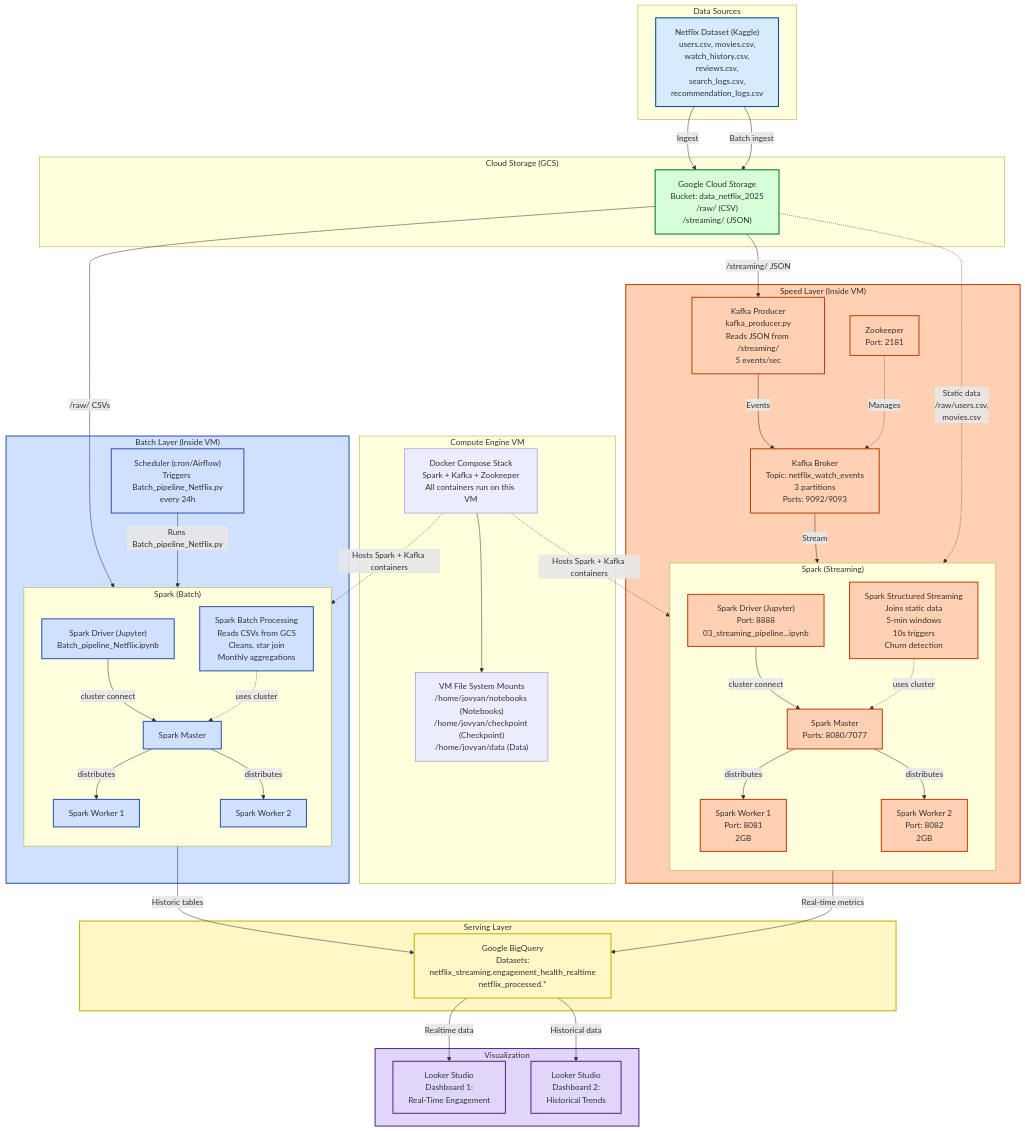
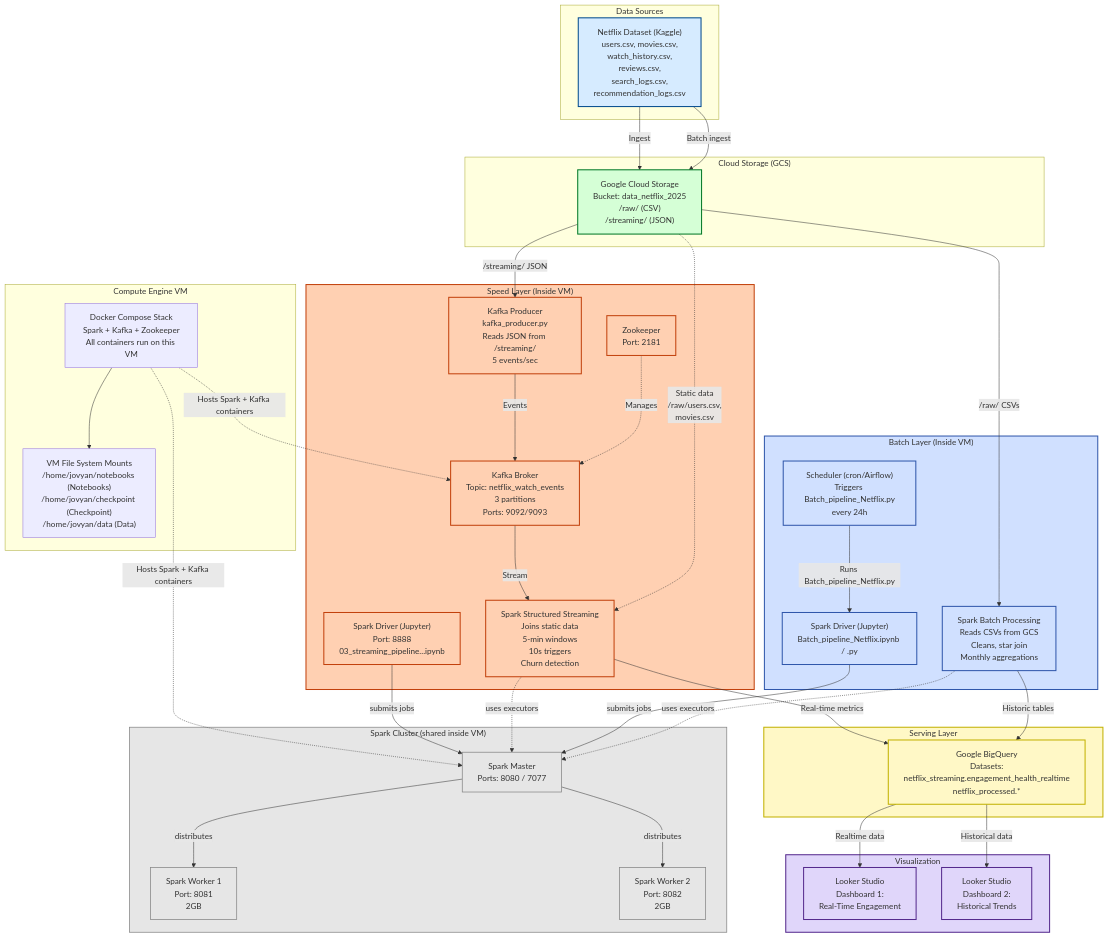
One commit to thomverzantvoort/DE25-DataJobs-group5 changed the diagram in Architecture/mermaid.mmd. Above: the diagram before and after it, drawn with Mermaid.

```diff
--- a/Architecture/mermaid.mmd
+++ b/Architecture/mermaid.mmd
@@ -1,115 +1,107 @@
 %%{init: {'theme': 'default'}}%%
 flowchart TD
 
   %% Color Class Definitions
   classDef DataSource fill:#D6EBFF,stroke:#004A8D,stroke-width:2px
   classDef Storage fill:#D5FFD6,stroke:#007726,stroke-width:2px
   classDef SpeedLayer fill:#FFD0B2,stroke:#C2410C,stroke-width:2px
   classDef BatchLayer fill:#D0E0FF,stroke:#3057AB,stroke-width:2px
   classDef Serving fill:#FFF8C6,stroke:#C2B100,stroke-width:2px
   classDef Viz fill:#E0D6FA,stroke:#552A8D,stroke-width:2px
   classDef Infra fill:#E6E6E6,stroke:#888,stroke-width:1.5px
 
   %% Data Sources & Storage
   subgraph DataSources["Data Sources"]
     ds1["Netflix Dataset (Kaggle)<br/>users.csv, movies.csv,<br/>watch_history.csv,<br/>reviews.csv,<br/>search_logs.csv,<br/>recommendation_logs.csv"]
   end
 
   subgraph StorageLayer["Cloud Storage (GCS)"]
     gcs1["Google Cloud Storage<br/>Bucket: data_netflix_2025<br/>/raw/ (CSV)<br/>/streaming/ (JSON)"]
   end
 
   %% VM & File System
   subgraph VM["Compute Engine VM"]
     vm_desc["Docker Compose Stack<br/>Spark + Kafka + Zookeeper<br/>All containers run on this VM"]
     vm_fs["VM File System Mounts<br/>/home/jovyan/notebooks (Notebooks)<br/>/home/jovyan/checkpoint (Checkpoint)<br/>/home/jovyan/data (Data)"]
   end
 
   %% Speed Layer
   subgraph Speed["Speed Layer (Inside VM)"]
     kafka_prod["Kafka Producer<br/>kafka_producer.py<br/>Reads JSON from /streaming/<br/>5 events/sec"]
     zk["Zookeeper<br/>Port: 2181"]
     kafka["Kafka Broker<br/>Topic: netflix_watch_events<br/>3 partitions<br/>Ports: 9092/9093"]
-    
-    subgraph SparkInfra1["Spark (Streaming)"]
-      direction TB
-      spark_driver_s["Spark Driver (Jupyter)<br/>Port: 8888<br/>03_streaming_pipeline...ipynb"]
-      spark_master_s["Spark Master<br/>Ports: 8080/7077"]
-      worker1_s["Spark Worker 1<br/>Port: 8081<br/>2GB"]
-      worker2_s["Spark Worker 2<br/>Port: 8082<br/>2GB"]
-      spark_stream["Spark Structured Streaming<br/>Joins static data<br/>5-min windows<br/>10s triggers<br/>Churn detection"]
-    end
+    spark_driver_s["Spark Driver (Jupyter)<br/>Port: 8888<br/>03_streaming_pipeline...ipynb"]
+    spark_stream["Spark Structured Streaming<br/>Joins static data<br/>5-min windows<br/>10s triggers<br/>Churn detection"]
   end
   class Speed SpeedLayer
 
   %% Batch Layer
   subgraph Batch["Batch Layer (Inside VM)"]
     cron["Scheduler (cron/Airflow)<br/>Triggers Batch_pipeline_Netflix.py<br/>every 24h"]:::BatchLayer
-    subgraph SparkInfra2["Spark (Batch)"]
-      direction TB
-      spark_driver_b["Spark Driver (Jupyter)<br/>Batch_pipeline_Netflix.ipynb"]
-      spark_master_b["Spark Master"]
-      worker1_b["Spark Worker 1"]
-      worker2_b["Spark Worker 2"]
-      spark_batch["Spark Batch Processing<br/>Reads CSVs from GCS<br/>Cleans, star join<br/>Monthly aggregations"]
-    end
+    spark_driver_b["Spark Driver (Jupyter)<br/>Batch_pipeline_Netflix.ipynb / .py"]
+    spark_batch["Spark Batch Processing<br/>Reads CSVs from GCS<br/>Cleans, star join<br/>Monthly aggregations"]
   end
   class Batch BatchLayer
+
+  %% Shared Spark Cluster (single master + workers)
+  subgraph SparkCluster["Spark Cluster (shared inside VM)"]
+    spark_master["Spark Master<br/>Ports: 8080 / 7077"]
+    worker1["Spark Worker 1<br/>Port: 8081<br/>2GB"]
+    worker2["Spark Worker 2<br/>Port: 8082<br/>2GB"]
+    spark_master -- "distributes" --> worker1
+    spark_master -- "distributes" --> worker2
+  end
+  class SparkCluster Infra
 
   %% Serving Layer
   subgraph Serve["Serving Layer"]
    bq["Google BigQuery<br/>Datasets:<br/>netflix_streaming.engagement_health_realtime<br/>netflix_processed.*"]
   end
   class Serve Serving
 
   %% Visualization Layer
   subgraph VizLayer["Visualization"]
    looker1["Looker Studio<br/>Dashboard 1:<br/>Real-Time Engagement"]
    looker2["Looker Studio<br/>Dashboard 2:<br/>Historical Trends"]
   end
   class VizLayer Viz
 
 
   %% MAIN FLOW CONNECTIONS
 
   %% SPEED LAYER FLOW
   ds1 -- "Ingest" --> gcs1
   gcs1 -- "/streaming/ JSON" --> kafka_prod
   kafka_prod -- "Events" --> kafka
   zk -. "Manages" .-> kafka
   kafka -- "Stream" --> spark_stream
   gcs1 -. "Static data<br/>/raw/users.csv,<br/>movies.csv" .-> spark_stream
   spark_stream -- "Real-time metrics" --> bq
   bq -- "Realtime data" --> looker1
 
   %% BATCH LAYER FLOW
   ds1 -- "Batch ingest" --> gcs1
   gcs1 -- "/raw/ CSVs" --> spark_batch
   cron -- "Runs Batch_pipeline_Netflix.py" --> spark_driver_b
   spark_batch -- "Historic tables" --> bq
   bq -- "Historical data" --> looker2
 
   %% VM connections
   vm_desc --> vm_fs
-  vm_desc -. "Hosts Spark + Kafka containers" .-> spark_master_s
-  vm_desc -. "Hosts Spark + Kafka containers" .-> spark_master_b
+  vm_desc -. "Hosts Spark + Kafka containers" .-> spark_master
+  vm_desc -. "Hosts Spark + Kafka containers" .-> kafka
 
-  %% INFRA INTERCONNECTIONS (Speed Layer)
-  spark_driver_s -- "cluster connect" --> spark_master_s
-  spark_master_s -- "distributes" --> worker1_s
-  spark_master_s -- "distributes" --> worker2_s
-  spark_stream -. "uses cluster" .-> spark_master_s
-
-  %% INFRA INTERCONNECTIONS (Batch Layer)
-  spark_driver_b -- "cluster connect" --> spark_master_b
-  spark_master_b -- "distributes" --> worker1_b
-  spark_master_b -- "distributes" --> worker2_b
-  spark_batch -. "uses cluster" .-> spark_master_b
+  %% INFRA INTERCONNECTIONS TO SHARED SPARK CLUSTER
+  spark_driver_s -- "submits jobs" --> spark_master
+  spark_stream -. "uses executors" .-> spark_master
+  spark_driver_b -- "submits jobs" --> spark_master
+  spark_batch -. "uses executors" .-> spark_master
 
   %% Class assignments for nodes
   class ds1 DataSource
   class gcs1 Storage
-  class kafka_prod,kafka,zk,spark_driver_s,spark_master_s,worker1_s,worker2_s,spark_stream SpeedLayer
-  class spark_driver_b,spark_master_b,worker1_b,worker2_b,spark_batch BatchLayer
+  class kafka_prod,kafka,zk,spark_driver_s,spark_stream SpeedLayer
+  class spark_driver_b,cron,spark_batch BatchLayer
+  class spark_master,worker1,worker2 Infra
   class bq Serving
   class looker1,looker2 Viz
```
